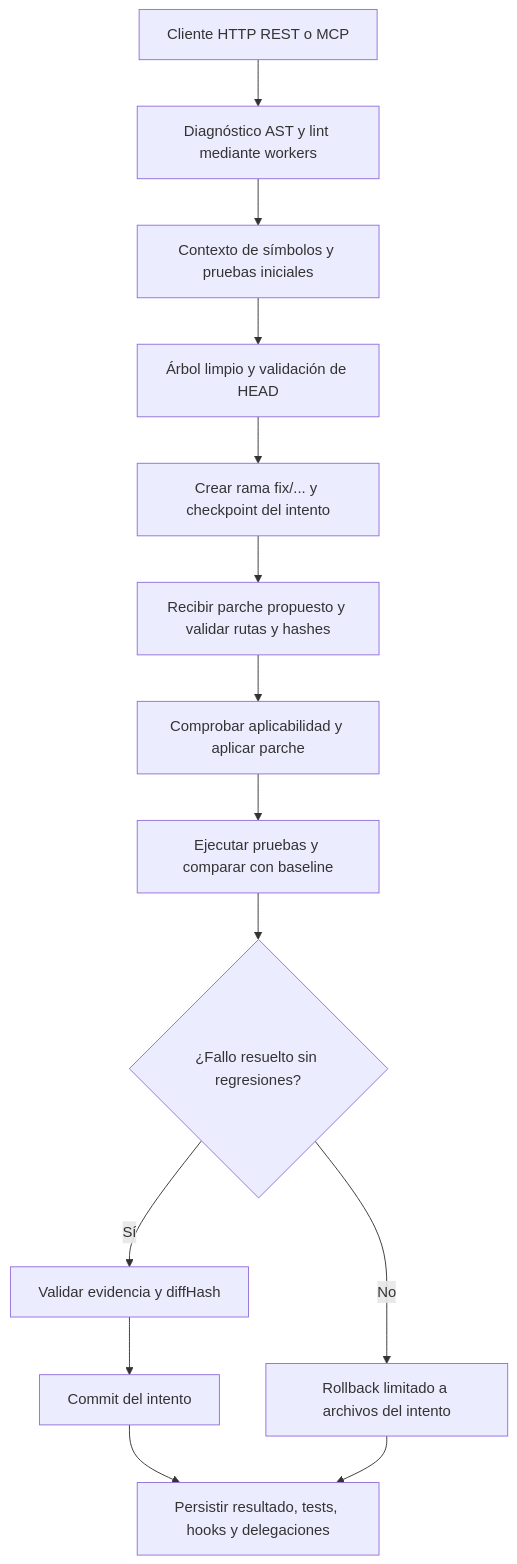
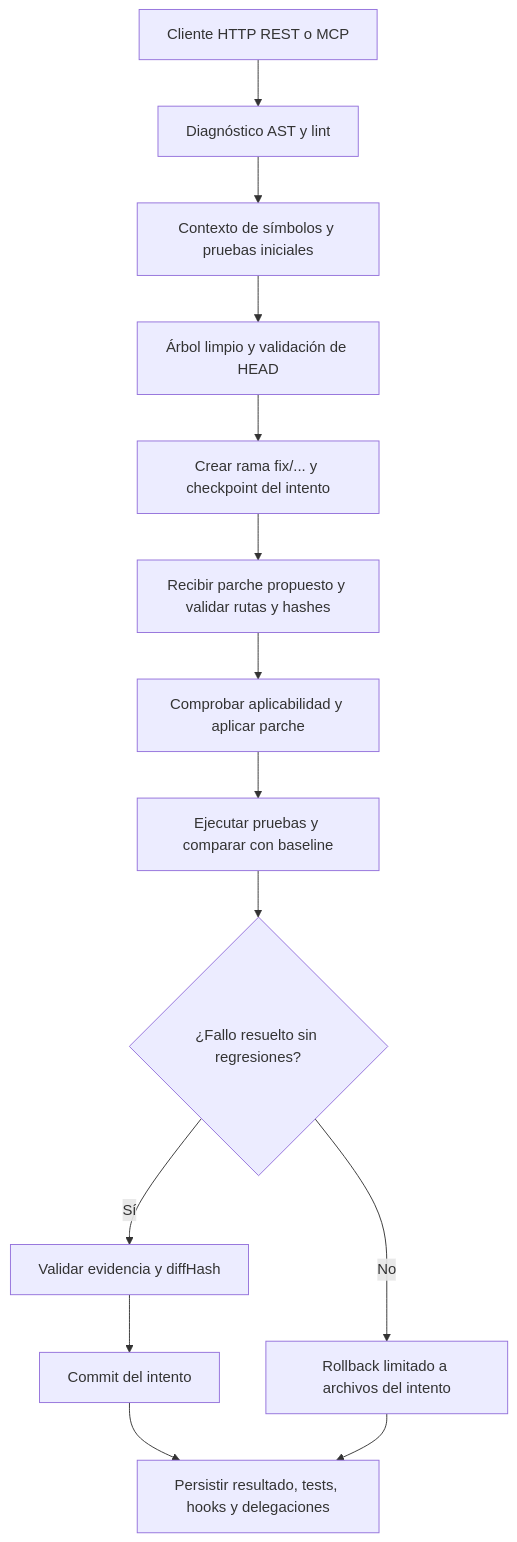
The diagram in README.md (LuisMI2005-sudo/ProyectoCertiIA), drawn with Mermaid before and after one commit. The commit also changed other lines of this file and 13 other files, not shown here.

````diff
--- a/README.md
+++ b/README.md
@@ -72,16 +72,16 @@
 ```mermaid
 flowchart TD
-    A[Cliente HTTP REST o MCP] --> B[Diagnóstico AST y lint mediante workers]
+    A[Cliente HTTP REST o MCP] --> B[Diagnóstico AST y lint]
     B --> C[Contexto de símbolos y pruebas iniciales]
     C --> D[Árbol limpio y validación de HEAD]
     D --> E[Crear rama fix/... y checkpoint del intento]
     E --> F[Recibir parche propuesto y validar rutas y hashes]
     F --> G[Comprobar aplicabilidad y aplicar parche]
     G --> H[Ejecutar pruebas y comparar con baseline]
     H --> I{¿Fallo resuelto sin regresiones?}
     I -->|Sí| J[Validar evidencia y diffHash]
     J --> K[Commit del intento]
     I -->|No| L[Rollback limitado a archivos del intento]
     K --> N[Persistir resultado, tests, hooks y delegaciones]
     L --> N
 ```
````
